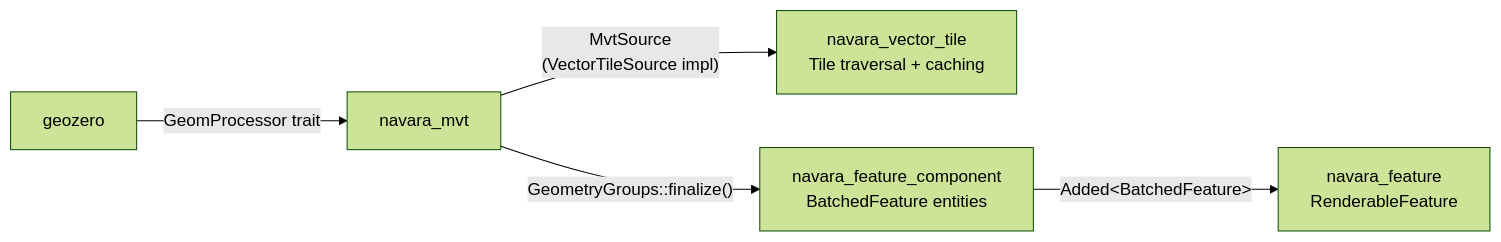
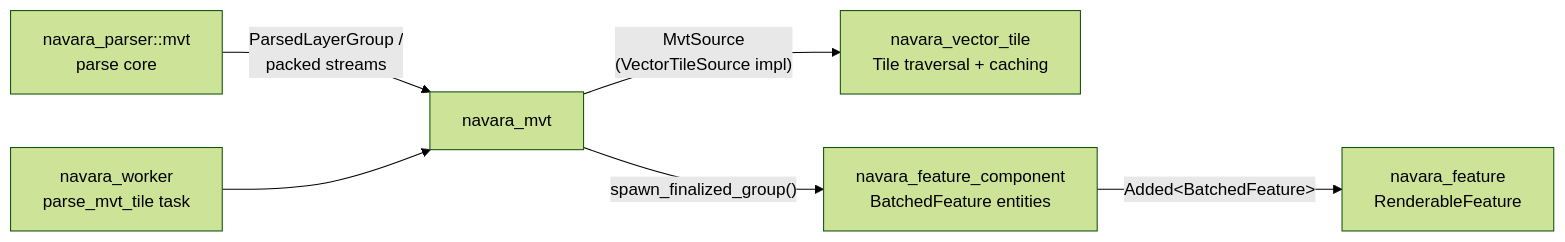
One commit to reearth/navara changed the second of 2 diagrams in crates/navara_mvt/README.md. Above: the diagram before and after it, drawn with Mermaid (forest theme). The commit also changed other lines of this file and 3 other files, not shown here.

````diff
--- a/crates/navara_mvt/README.md
+++ b/crates/navara_mvt/README.md
@@ -119,7 +120,8 @@
 ```mermaid
 graph LR
     MVT[navara_mvt] -->|"MvtSource<br/>(VectorTileSource impl)"| VT[navara_vector_tile<br/>Tile traversal + caching]
-    MVT -->|"GeometryGroups::finalize()"| FC[navara_feature_component<br/>BatchedFeature entities]
+    MVT -->|"spawn_finalized_group()"| FC[navara_feature_component<br/>BatchedFeature entities]
     FC -->|"Added&lt;BatchedFeature&gt;"| F[navara_feature<br/>RenderableFeature]
-    GZ[geozero] -->|"GeomProcessor trait"| MVT
+    P[navara_parser::mvt<br/>parse core] -->|"ParsedLayerGroup /<br/>packed streams"| MVT
+    W[navara_worker<br/>parse_mvt_tile task] --> MVT
 ```
````
